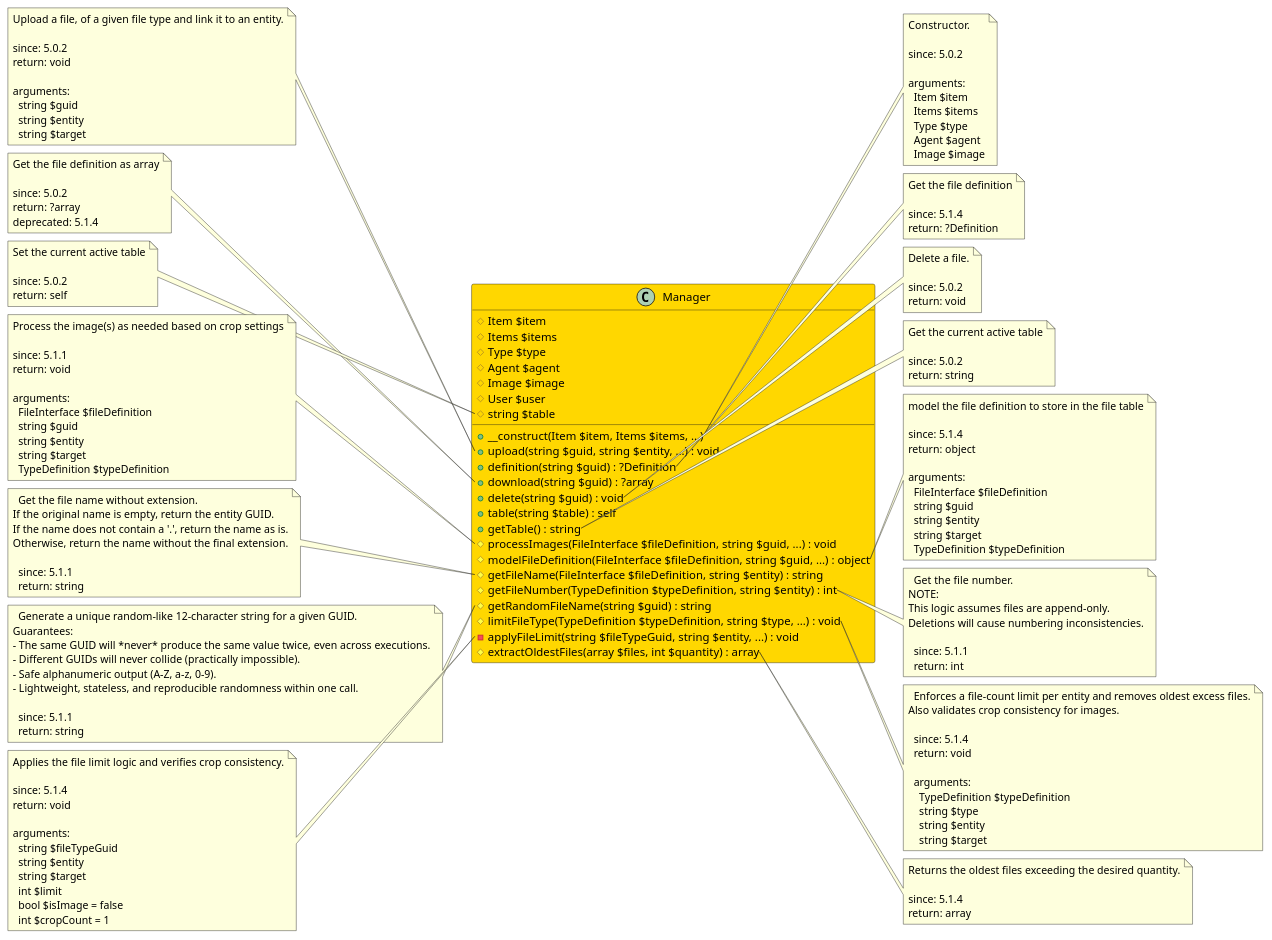
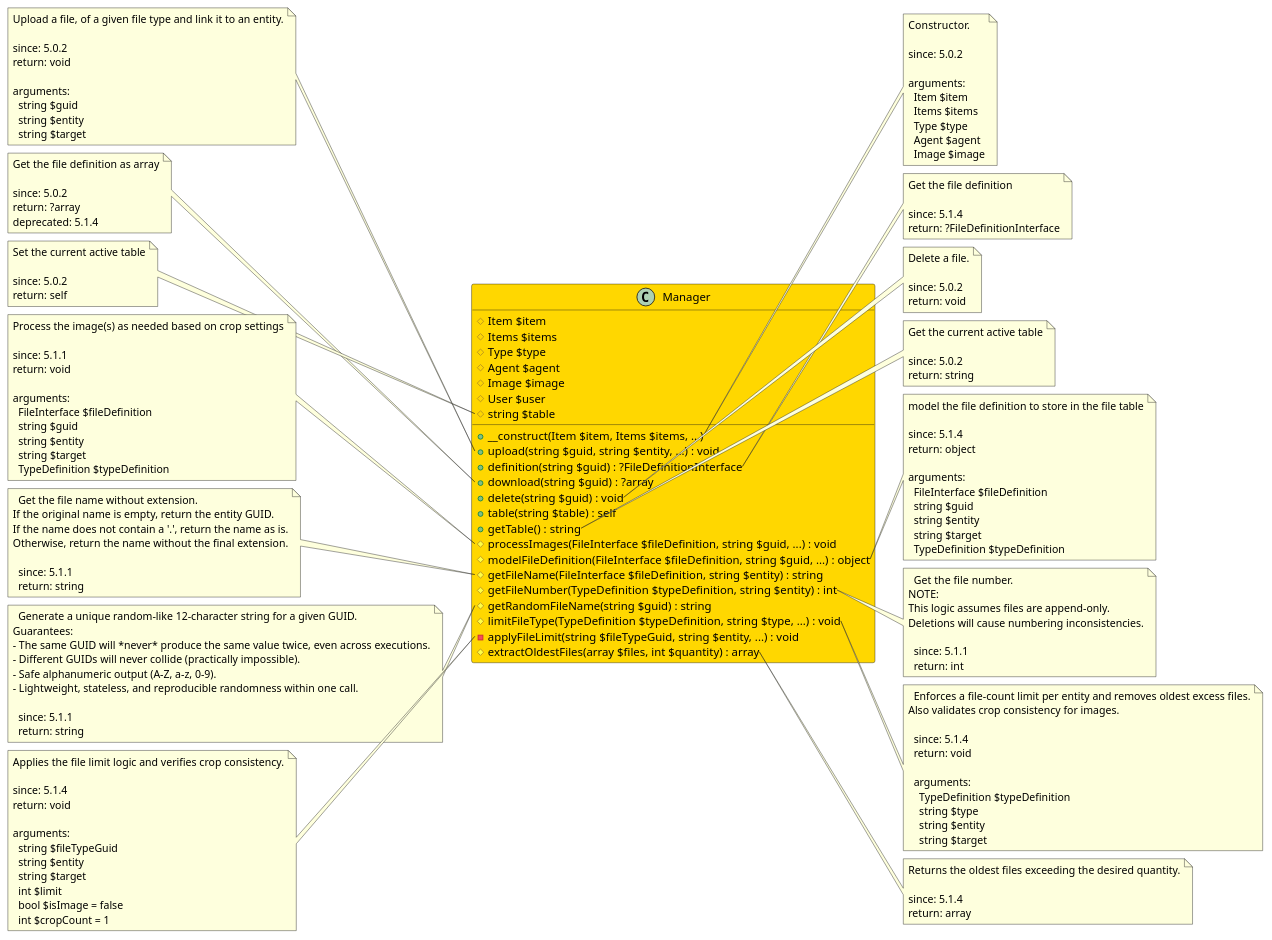
One commit to joomengine/super-powers changed the diagram in src/67a5e0ca-0ff0-4979-9b41-da0b09988016/README.md. Above: the diagram before and after it, drawn with PlantUML. The commit also changed 19 other files, not shown here.

```diff
--- a/src/67a5e0ca-0ff0-4979-9b41-da0b09988016/README.md
+++ b/src/67a5e0ca-0ff0-4979-9b41-da0b09988016/README.md
@@ -15,7 +15,7 @@
   # string $table
   + __construct(Item $item, Items $items, ...)
   + upload(string $guid, string $entity, ...) : void
-  + definition(string $guid) : ?Definition
+  + definition(string $guid) : ?FileDefinitionInterface
   + download(string $guid) : ?array
   + delete(string $guid) : void
   + table(string $table) : self
@@ -59,7 +59,7 @@
   Get the file definition
 
   since: 5.1.4
-  return: ?Definition
+  return: ?FileDefinitionInterface
 end note
 
 note left of Manager::download
@@ -144,7 +144,7 @@
 Guarantees:
 - The same GUID will *never* produce the same value twice, even across executions.
 - Different GUIDs will never collide (practically impossible).
-- Safe alphanumeric output (A–Z, a–z, 0–9).
+- Safe alphanumeric output (A-Z, a-z, 0-9).
 - Lightweight, stateless, and reproducible randomness within one call.
 
   since: 5.1.1
```
